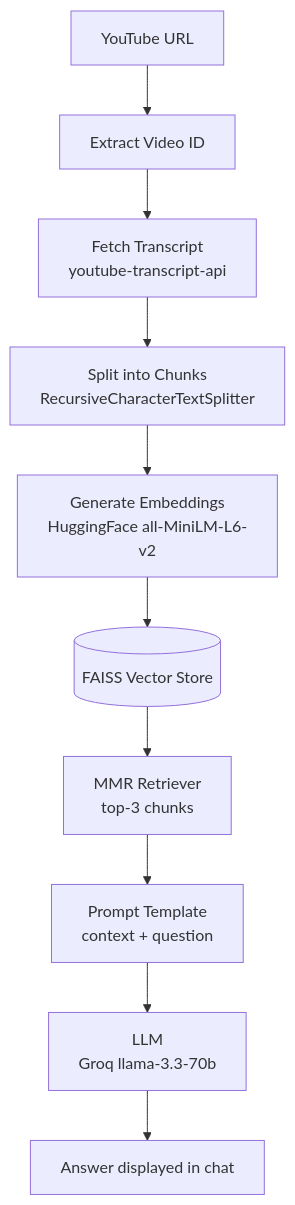
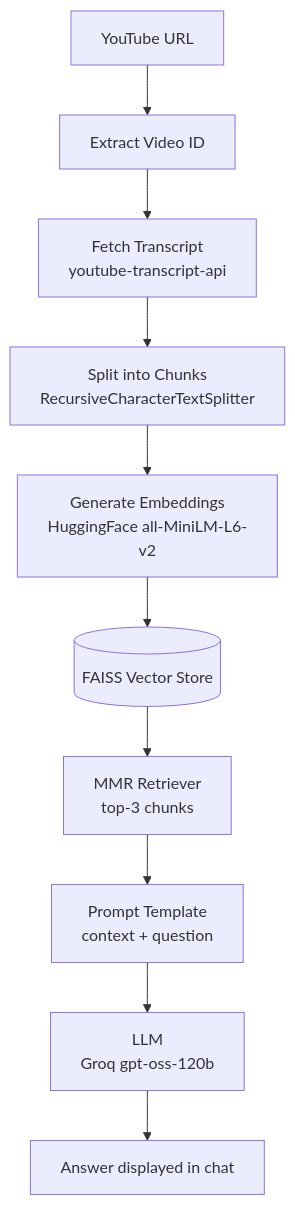
The diagram in README.md (AditiVashisth2705/Youtube-RAG-Chatbot), drawn with Mermaid before and after one commit. The commit also changed other lines of this file, not shown here.

````diff
--- a/README.md
+++ b/README.md
@@ -25,12 +27,12 @@
 ```mermaid
 graph TD
     A[YouTube URL] --> B[Extract Video ID]
     B --> C[Fetch Transcript<br/>youtube-transcript-api]
     C --> D[Split into Chunks<br/>RecursiveCharacterTextSplitter]
     D --> E[Generate Embeddings<br/>HuggingFace all-MiniLM-L6-v2]
     E --> F[(FAISS Vector Store)]
     F --> G[MMR Retriever<br/>top-3 chunks]
     G --> H[Prompt Template<br/>context + question]
-    H --> I[LLM<br/>Groq llama-3.3-70b]
+    H --> I[LLM<br/>Groq gpt-oss-120b]
     I --> J[Answer displayed in chat]
 ```
````
